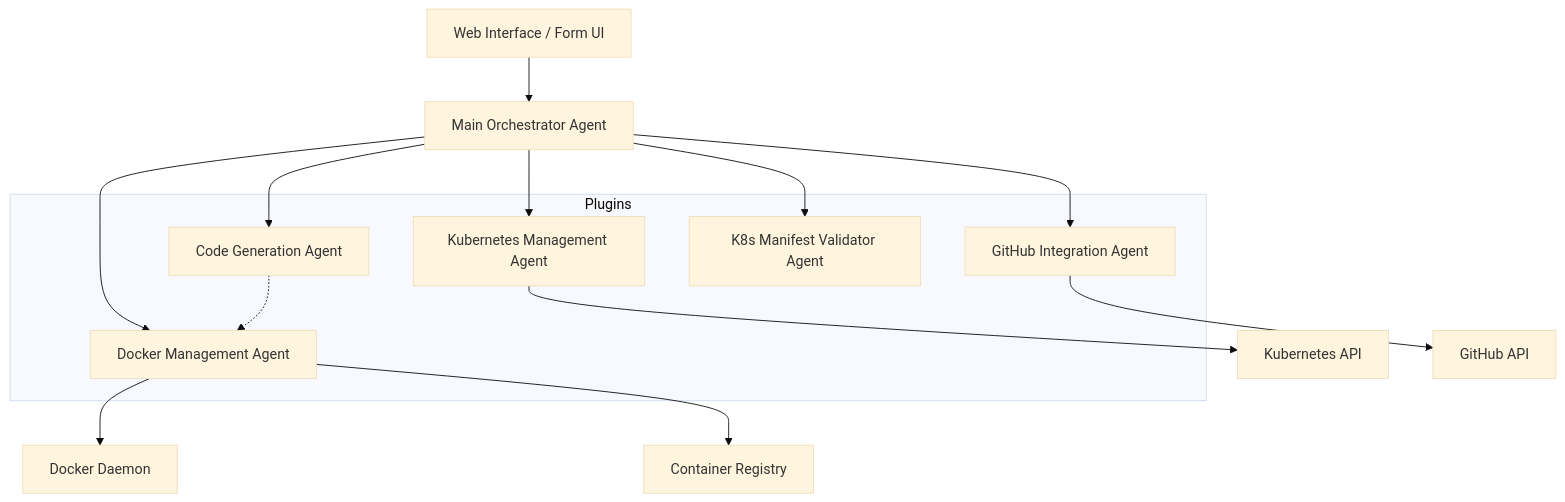
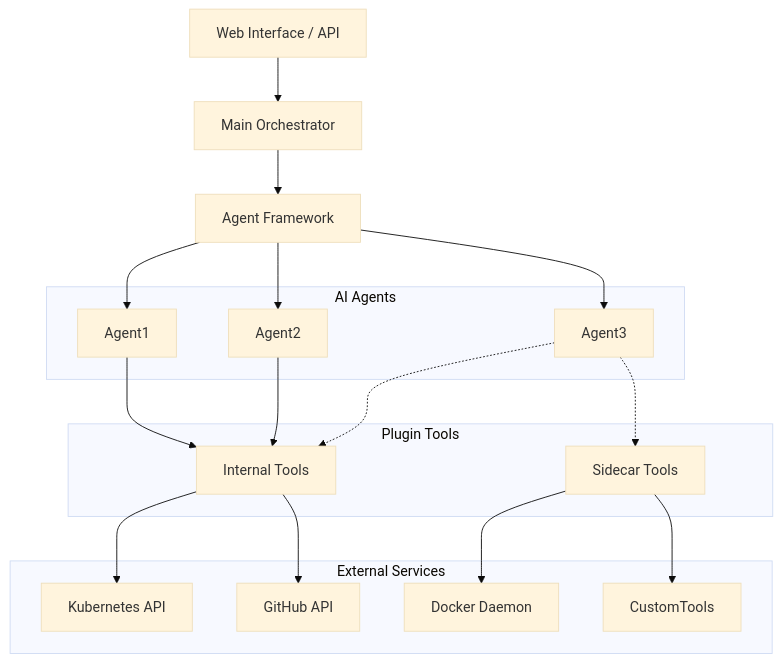
One commit to m-sandeep98/KubeAgent changed the diagram in docs/getting-started/system-architecture.md. Above: the diagram before and after it, drawn with Mermaid (base theme). The commit also changed other lines of this file and 4 other files, not shown here.

````diff
--- a/docs/getting-started/system-architecture.md
+++ b/docs/getting-started/system-architecture.md
@@ -4,36 +4,41 @@
 ```mermaid
 graph TB
-    UI[Web Interface / Form UI]
-    MainAgent[Main Orchestrator Agent]
-    K8sAgent[Kubernetes Management Agent]
-    CodeAgent[Code Generation Agent]
-    GitAgent[GitHub Integration Agent]
-    ValidatorAgent[K8s Manifest Validator Agent]
-    DockerAgent[Docker Management Agent]
-    K8sAPI[Kubernetes API]
-    GitAPI[GitHub API]
-    DockerAPI[Docker Daemon]
-    Registry[Container Registry]
+    UI[Web Interface / API]
+    MainOrch[Main Orchestrator]
+    AgentFramework[Agent Framework]
 
-    UI --> MainAgent
-    MainAgent --> K8sAgent
-    MainAgent --> CodeAgent
-    MainAgent --> GitAgent
-    MainAgent --> ValidatorAgent
-    MainAgent --> DockerAgent
+    subgraph "AI Agents"
+        Agent1[Agent1]
+        Agent2[Agent2]
+        CustomAgent[Agent3]
+    end
 
-    K8sAgent --> K8sAPI
-    GitAgent --> GitAPI
-    DockerAgent --> DockerAPI
-    DockerAgent --> Registry
+    subgraph "Plugin Tools"
+        Internal[Internal Tools]
+        Sidecar[Sidecar Tools]
+    end
 
-    CodeAgent -.-> DockerAgent
+    subgraph "External Services"
+        K8sAPI[Kubernetes API]
+        GitAPI[GitHub API]
+        DockerAPI[Docker Daemon]
+        CustomTools[CustomTools]
+    end
 
-    subgraph Plugins
-        K8sAgent
-        CodeAgent
-        GitAgent
-        ValidatorAgent
-        DockerAgent
-    end
+    UI --> MainOrch
+    MainOrch --> AgentFramework
+    AgentFramework --> Agent1
+    AgentFramework --> Agent2
+    AgentFramework --> CustomAgent
+
+    Agent1 --> Internal
+
+    Agent2 --> Internal
+    CustomAgent -.-> Internal
+    CustomAgent -.-> Sidecar
+
+    Internal --> K8sAPI
+    Internal --> GitAPI
+    Sidecar --> DockerAPI
+    Sidecar --> CustomTools
 ```
````
